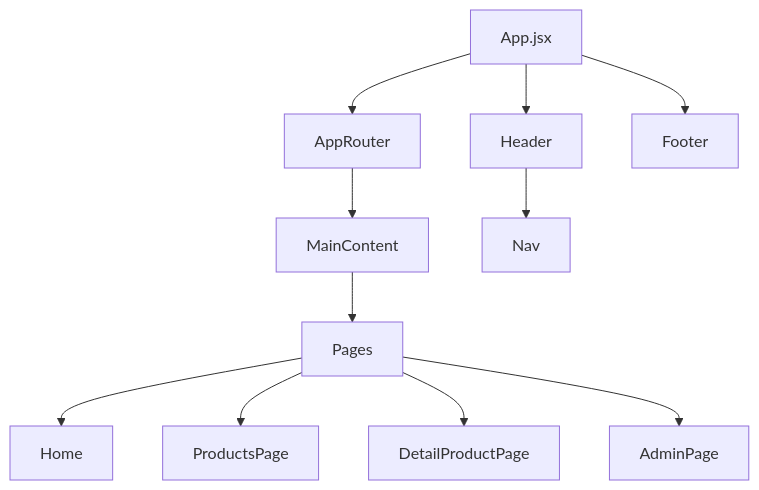
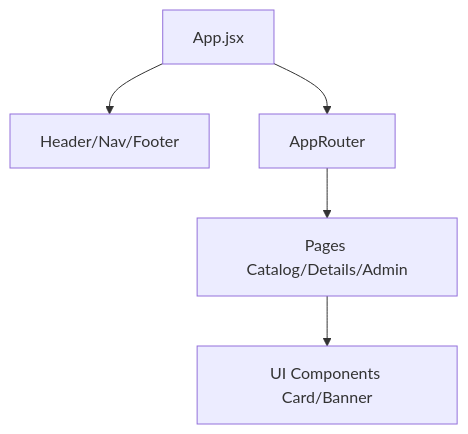
Before and after one commit to 39Luka/din_apiMongo_frontend: the diagram in bakery/docusaurus-docs/docs/architecture.md, drawn with Mermaid. The commit also changed other lines of this file and 37 other files, not shown here.

````diff
--- a/bakery/docusaurus-docs/docs/architecture.md
+++ b/bakery/docusaurus-docs/docs/architecture.md
@@ -7,13 +9,7 @@
 ```mermaid
 graph TD
-    A[App.jsx] --> B[Header]
-    A --> C[AppRouter]
-    A --> D[Footer]
-    C --> E[MainContent]
-    E --> F[Pages]
-    F --> G[Home]
-    F --> H[ProductsPage]
-    F --> I[DetailProductPage]
-    F --> J[AdminPage]
-    B --> K[Nav]
+    Root[App.jsx] --> Layout[Header/Nav/Footer]
+    Root --> Router[AppRouter]
+    Router --> Pages[Pages Catalog/Details/Admin]
+    Pages --> UI[UI Components Card/Banner]
 ```
````
